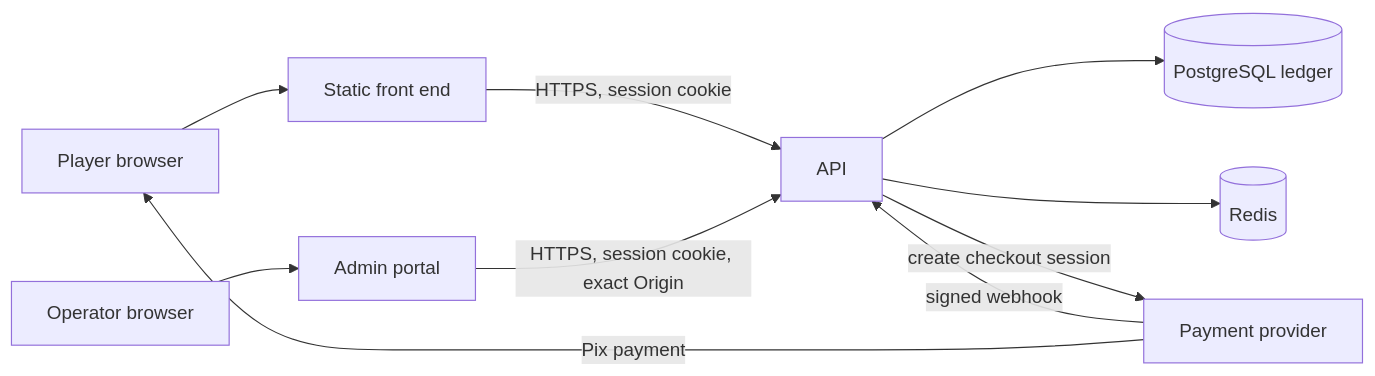
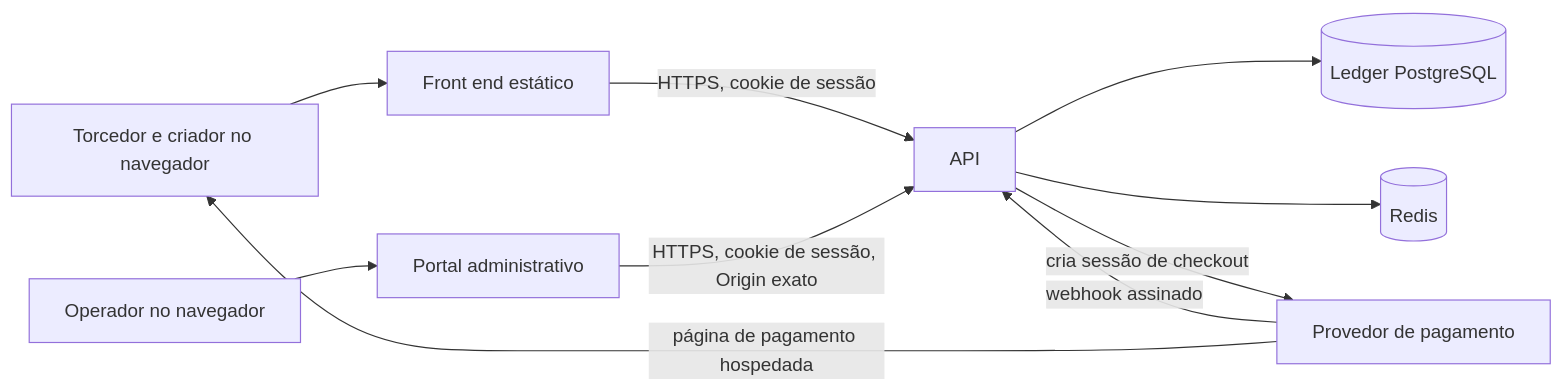
One commit to yahbeaumont/vai-de-qual changed the diagram in README.pt-BR.md. Above: the diagram before and after it, drawn with Mermaid. The commit also changed other lines of this file and 19 other files, not shown here.

````diff
--- a/README.pt-BR.md
+++ b/README.pt-BR.md
@@ -43,12 +45,12 @@
 ```mermaid
 flowchart LR
-  P[Player browser] --> FE[Static front end]
-  A[Operator browser] --> AD[Admin portal]
-  FE -->|HTTPS, session cookie| API[API]
-  AD -->|HTTPS, session cookie, exact Origin| API
-  API --> PG[(PostgreSQL ledger)]
+  R[Torcedor e criador no navegador] --> FE[Front end estático]
+  A[Operador no navegador] --> AD[Portal administrativo]
+  FE -->|HTTPS, cookie de sessão| API[API]
+  AD -->|HTTPS, cookie de sessão, Origin exato| API
+  API --> PG[(Ledger PostgreSQL)]
   API --> RD[(Redis)]
-  API -->|create checkout session| PSP[Payment provider]
-  PSP -->|signed webhook| API
-  PSP -->|Pix payment| P
+  API -->|cria sessão de checkout| PSP[Provedor de pagamento]
+  PSP -->|webhook assinado| API
+  PSP -->|página de pagamento hospedada| R
 ```
````
